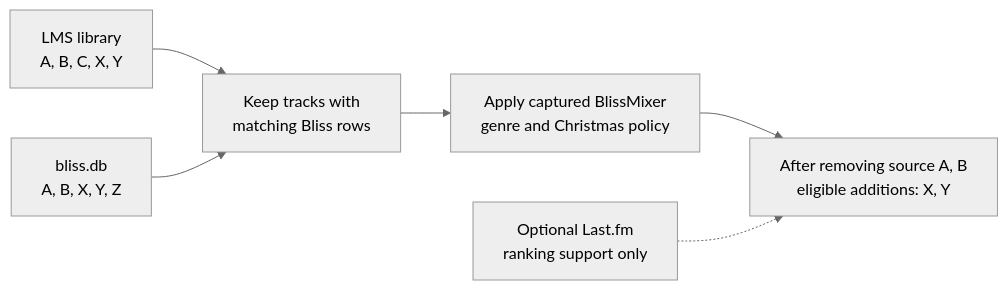
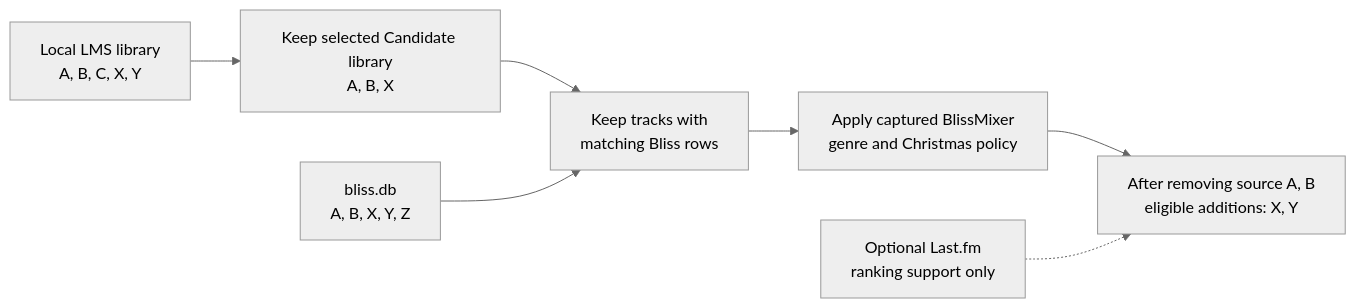
The eighth of 13 diagrams in ALGORITHMS.md (chrober/lms-better-call-bliss), drawn with Mermaid (neutral theme) before and after one commit. The commit also changed other lines of this file and 24 other files, not shown here.

```diff
--- a/ALGORITHMS.md
+++ b/ALGORITHMS.md
@@ -354,8 +356,9 @@
 ~~~mermaid
 flowchart LR
-    L["LMS library<br/>A, B, C, X, Y"] --> I["Keep tracks with<br/>matching Bliss rows"]
+    L["Local LMS library<br/>A, B, C, X, Y"] --> V["Keep selected Candidate library<br/>A, B, X"]
+    V --> I["Keep tracks with<br/>matching Bliss rows"]
     B["bliss.db<br/>A, B, X, Y, Z"] --> I
     I --> G["Apply captured BlissMixer<br/>genre and Christmas policy"]
     G --> P["After removing source A, B<br/>eligible additions: X, Y"]
     F["Optional Last.fm<br/>ranking support only"] -.-> P
 ~~~
```
